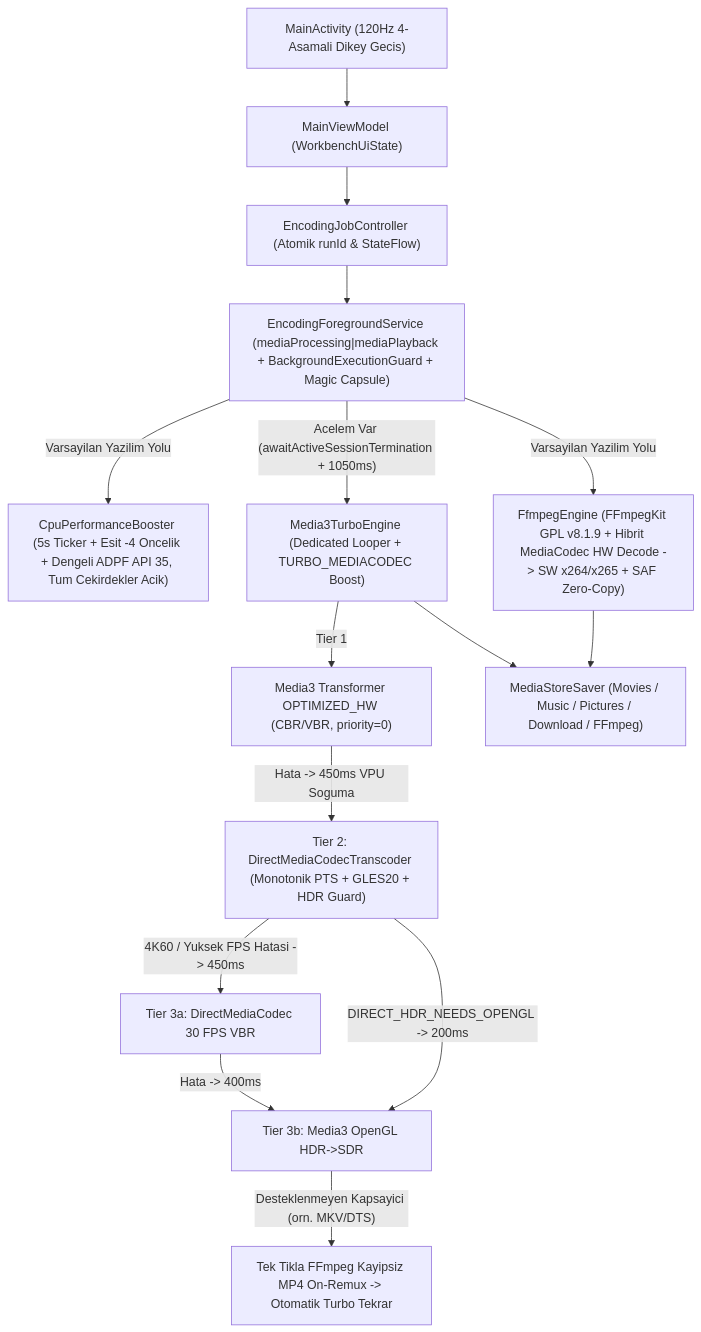
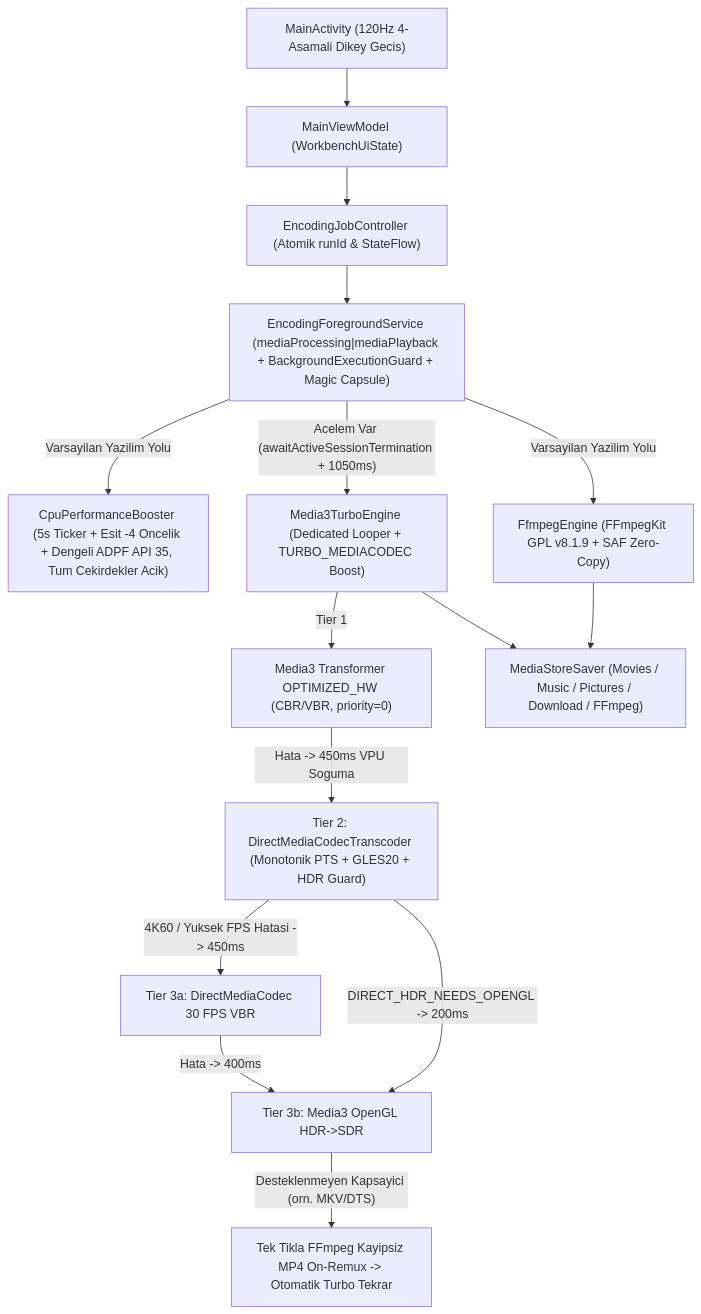
One commit to Cres246/FFmpeg-compressor-editor changed the diagram in AGENTS.md. Above: the diagram before and after it, drawn with Mermaid. The commit also changed other lines of this file and 19 other files, not shown here.

First line of the commit message:
build: add support for custom O3 SIMD FFmpegKit AAR

````diff
--- a/AGENTS.md
+++ b/AGENTS.md
@@ -43,20 +43,20 @@
 ```mermaid
 flowchart TD
     UI["MainActivity (120Hz 4-Asamali Dikey Gecis)"] --> VM["MainViewModel (WorkbenchUiState)"]
     VM --> CTRL["EncodingJobController (Atomik runId & StateFlow)"]
     CTRL --> SVC["EncodingForegroundService (mediaProcessing|mediaPlayback + BackgroundExecutionGuard + Magic Capsule)"]
 
     SVC -->|Varsayilan Yazilim Yolu| BOOST["CpuPerformanceBooster (5s Ticker + Esit -4 Oncelik + Dengeli ADPF API 35, Tum Cekirdekler Acik)"]
-    SVC -->|Varsayilan Yazilim Yolu| FF["FfmpegEngine (FFmpegKit GPL v8.1.9 + Hibrit MediaCodec HW Decode -> SW x264/x265 + SAF Zero-Copy)"]
+    SVC -->|Varsayilan Yazilim Yolu| FF["FfmpegEngine (FFmpegKit GPL v8.1.9 + SAF Zero-Copy)"]
 
     SVC -->|"Acelem Var (awaitActiveSessionTermination + 1050ms)"| TURBO["Media3TurboEngine (Dedicated Looper + TURBO_MEDIACODEC Boost)"]
     TURBO -->|"Tier 1"| T1["Media3 Transformer OPTIMIZED_HW (CBR/VBR, priority=0)"]
     T1 -->|"Hata -> 450ms VPU Soguma"| T2["Tier 2: DirectMediaCodecTranscoder (Monotonik PTS + GLES20 + HDR Guard)"]
     T2 -->|"4K60 / Yuksek FPS Hatasi -> 450ms"| T3A["Tier 3a: DirectMediaCodec 30 FPS VBR"]
     T2 -->|"DIRECT_HDR_NEEDS_OPENGL -> 200ms"| T3B["Tier 3b: Media3 OpenGL HDR->SDR"]
     T3A -->|"Hata -> 400ms"| T3B
 
     T3B -->|"Desteklenmeyen Kapsayici (orn. MKV/DTS)"| REMUX["Tek Tikla FFmpeg Kayipsiz MP4 On-Remux -> Otomatik Turbo Tekrar"]
     FF --> SAVE["MediaStoreSaver (Movies / Music / Pictures / Download / FFmpeg)"]
     TURBO --> SAVE
 ```
````
